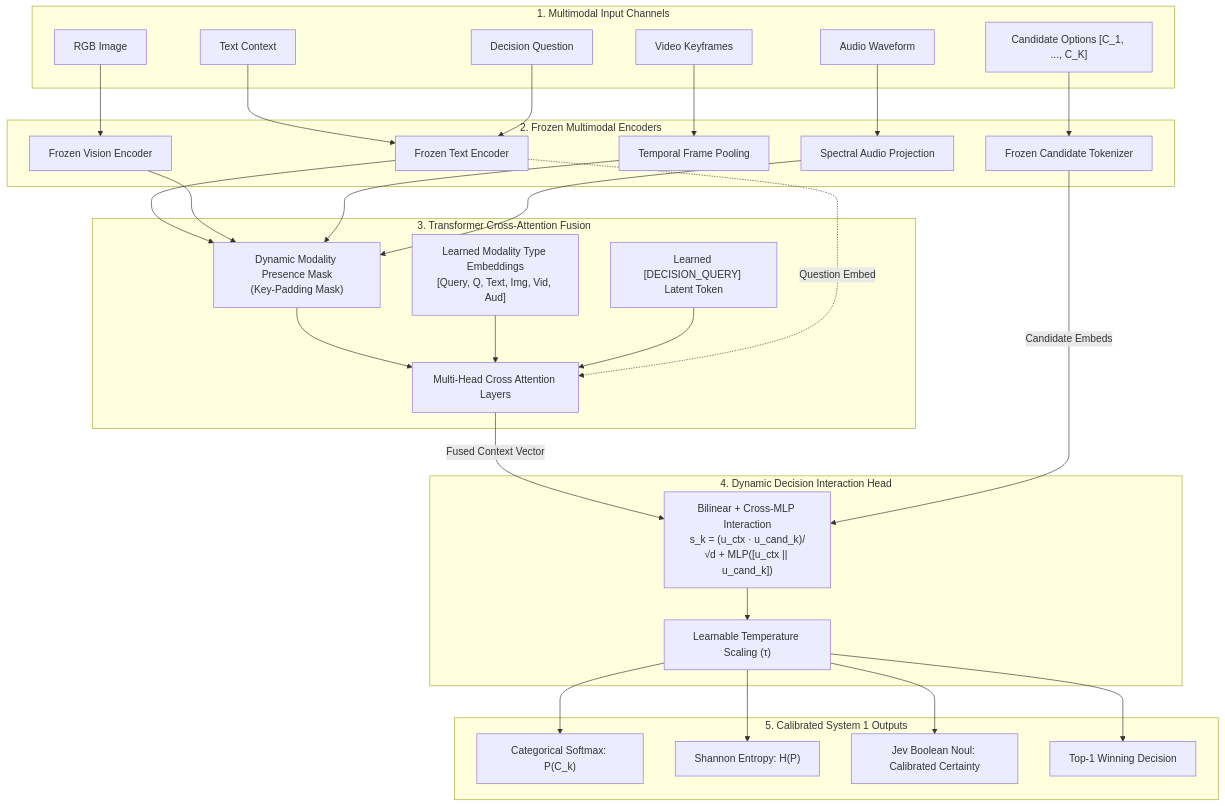
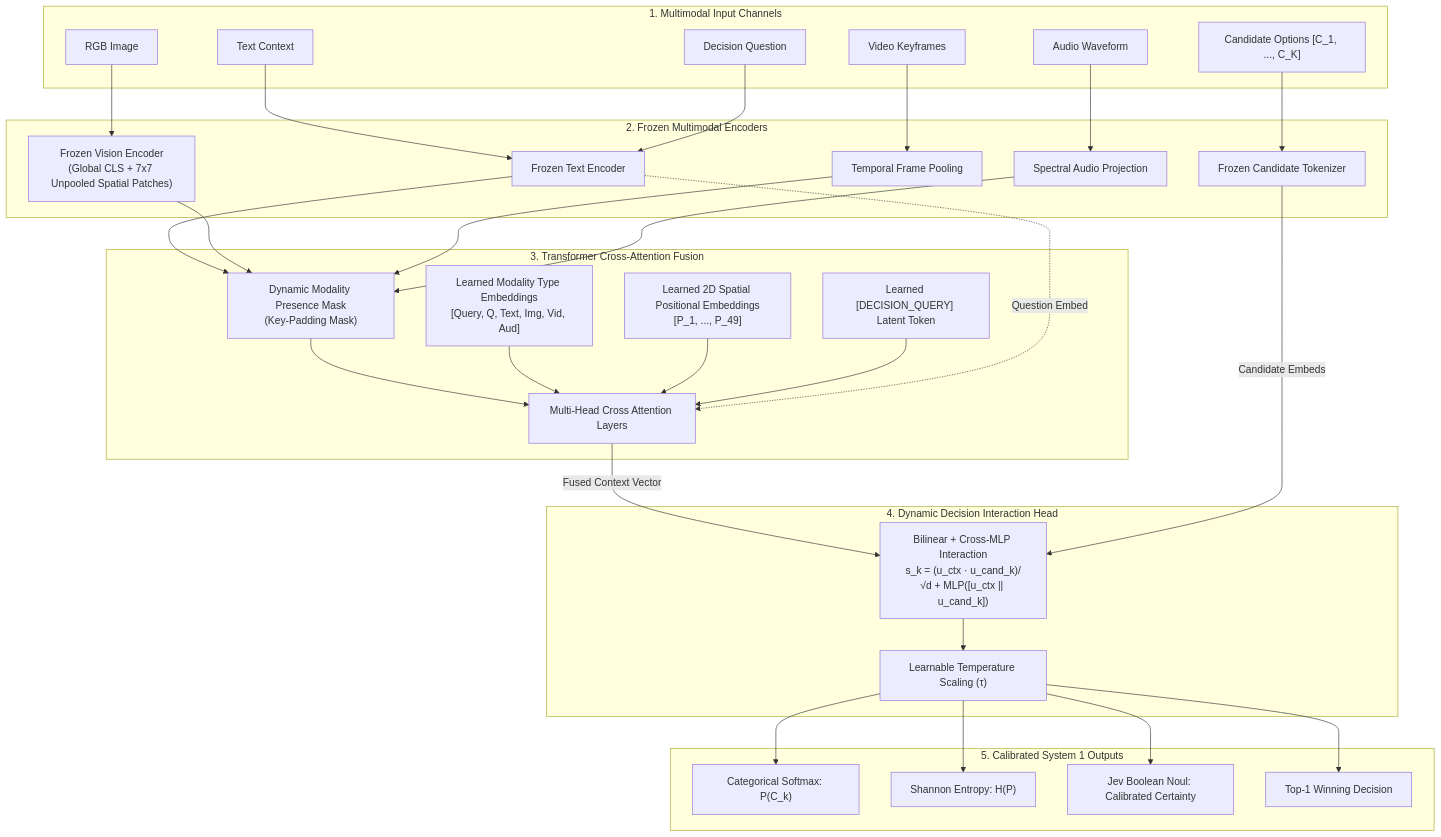
Before and after one commit to cameronduff/arbiter-omni: the diagram in README.md, drawn with Mermaid. The commit also changed other lines of this file and 11 other files, not shown here.

Commit message:
feat(fusion): add unpooled 2D spatial patch cross-attention for visual grounding

````diff
--- a/README.md
+++ b/README.md
@@ -59,54 +59,55 @@
 ```mermaid
 flowchart TD
     subgraph Inputs["1. Multimodal Input Channels"]
         T["Text Context"]
         I["RGB Image"]
         V["Video Keyframes"]
         A["Audio Waveform"]
         Q["Decision Question"]
         C["Candidate Options [C_1, ..., C_K]"]
     end
 
     subgraph Encoders["2. Frozen Multimodal Encoders"]
         E_T["Frozen Text Encoder"]
-        E_I["Frozen Vision Encoder"]
+        E_I["Frozen Vision Encoder\n(Global CLS + 7x7 Unpooled Spatial Patches)"]
         E_V["Temporal Frame Pooling"]
         E_A["Spectral Audio Projection"]
         E_C["Frozen Candidate Tokenizer"]
     end
 
     subgraph Fusion["3. Transformer Cross-Attention Fusion"]
         Mask["Dynamic Modality Presence Mask\n(Key-Padding Mask)"]
         TypeEmb["Learned Modality Type Embeddings\n[Query, Q, Text, Img, Vid, Aud]"]
+        SpatialPos["Learned 2D Spatial Positional Embeddings\n[P_1, ..., P_49]"]
         Query["Learned [DECISION_QUERY] Latent Token"]
         Transformer["Multi-Head Cross Attention Layers"]
     end
 
     subgraph DecisionHead["4. Dynamic Decision Interaction Head"]
         ScoreManifold["Bilinear + Cross-MLP Interaction\ns_k = (u_ctx · u_cand_k)/√d + MLP([u_ctx || u_cand_k])"]
         Temp["Learnable Temperature Scaling (τ)"]
     end
 
     subgraph Outputs["5. Calibrated System 1 Outputs"]
         Choice["Categorical Softmax: P(C_k)"]
         Entropy["Shannon Entropy: H(P)"]
         Noul["Jev Boolean Noul: Calibrated Certainty"]
         Winner["Top-1 Winning Decision"]
     end
 
     T --> E_T
     I --> E_I
     V --> E_V
     A --> E_A
     Q --> E_T
     C --> E_C
 
     E_T & E_I & E_V & E_A --> Mask
-    Mask & TypeEmb & Query --> Transformer
+    Mask & TypeEmb & SpatialPos & Query --> Transformer
     E_T -.->|Question Embed| Transformer
 
     Transformer -->|Fused Context Vector| ScoreManifold
     E_C -->|Candidate Embeds| ScoreManifold
     ScoreManifold --> Temp
     Temp --> Choice & Entropy & Noul & Winner
 ```
````
